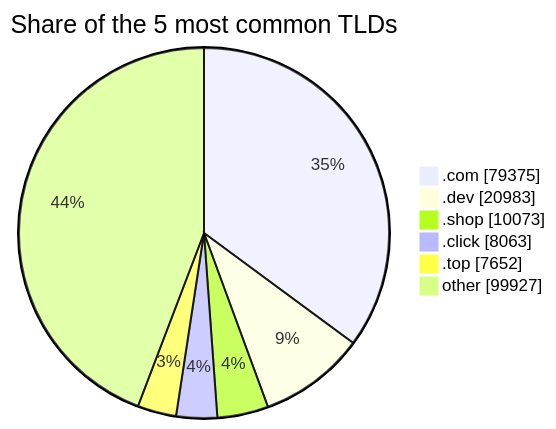
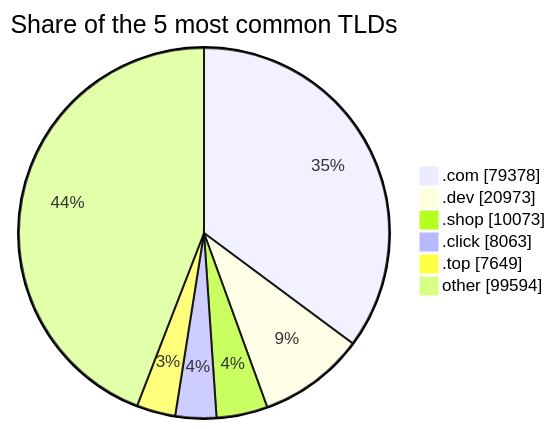
One commit to DNSBunker/CTI changed the third of 3 diagrams in README.md. Above: the diagram before and after it, drawn with Mermaid. The commit also changed other lines of this file and 3 other files, not shown here.

````diff
--- a/README.md
+++ b/README.md
@@ -81,9 +81,9 @@
 ```mermaid
 pie showData title Share of the 5 most common TLDs
-    ".com" : 79375
-    ".dev" : 20983
+    ".com" : 79378
+    ".dev" : 20973
     ".shop" : 10073
     ".click" : 8063
-    ".top" : 7652
-    "other" : 99927
+    ".top" : 7649
+    "other" : 99594
 ```
````
